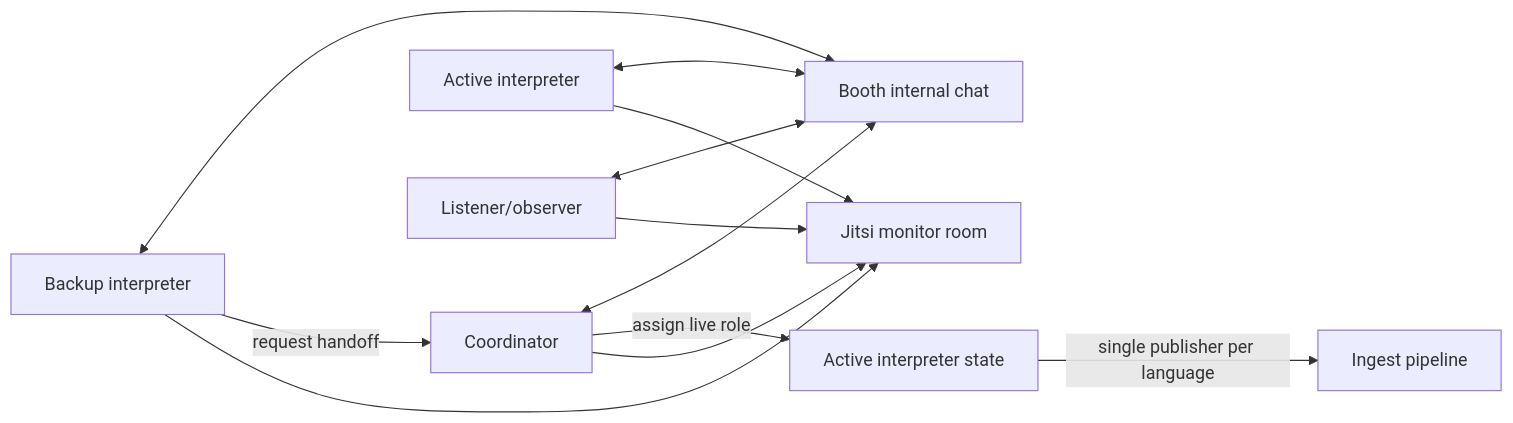
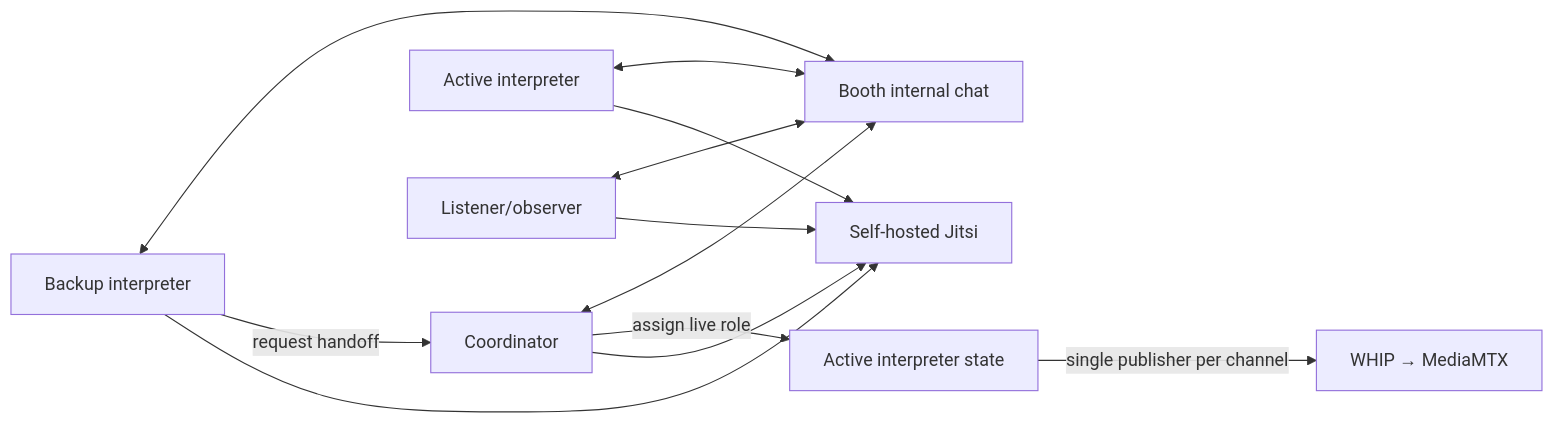
Before and after one commit to fossasia/voxbento: the fourth of 4 diagrams in ARCHITECTURE.md, drawn with Mermaid. The commit also changed other lines of this file and 47 other files, not shown here.

First line of the commit message:
Self-host Jitsi, remove Vue/src legacy, update all docs

````diff
--- a/ARCHITECTURE.md
+++ b/ARCHITECTURE.md
@@ -69,16 +75,16 @@
 ```mermaid
 flowchart LR
   Coordinator[Coordinator] <--> Chat[Booth internal chat]
   Active[Active interpreter] <--> Chat
   Backup[Backup interpreter] <--> Chat
   Listener[Listener/observer] <--> Chat
 
   Coordinator -->|assign live role| ActiveState[Active interpreter state]
   Backup -->|request handoff| Coordinator
-  ActiveState -->|single publisher per language| Ingest[Ingest pipeline]
+  ActiveState -->|single publisher per channel| WHIP[WHIP → MediaMTX]
 
-  Coordinator --> Jitsi[Jitsi monitor room]
+  Coordinator --> Jitsi[Self-hosted Jitsi]
   Active --> Jitsi
   Backup --> Jitsi
   Listener --> Jitsi
 ```
````
